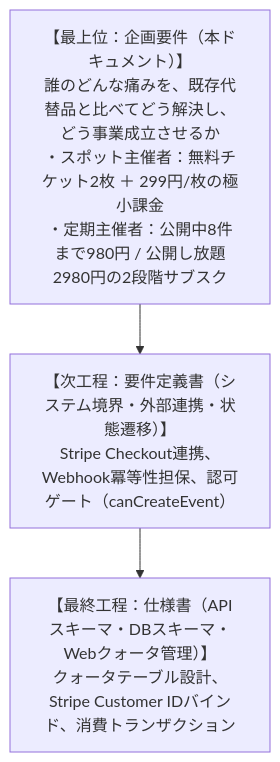
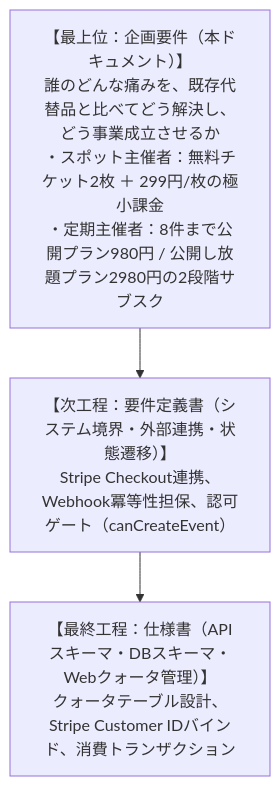
One commit to HirofumiSato/EventKreater changed the first of 2 diagrams in docs/billing_and_quota_planning_requirements.md. Above: the diagram before and after it, drawn with Mermaid. The commit also changed other lines of this file and 59 other files, not shown here.

````diff
--- a/docs/billing_and_quota_planning_requirements.md
+++ b/docs/billing_and_quota_planning_requirements.md
@@ -10,8 +10,8 @@
 ```mermaid
 flowchart TD
-    A["【最上位：企画要件（本ドキュメント）】<br>誰のどんな痛みを、既存代替品と比べてどう解決し、どう事業成立させるか<br>・スポット主催者：無料チケット2枚 ＋ 299円/枚の極小課金<br>・定期主催者：公開中8件まで980円 / 公開し放題2980円の2段階サブスク"]
+    A["【最上位：企画要件（本ドキュメント）】<br>誰のどんな痛みを、既存代替品と比べてどう解決し、どう事業成立させるか<br>・スポット主催者：無料チケット2枚 ＋ 299円/枚の極小課金<br>・定期主催者：8件まで公開プラン980円 / 公開し放題プラン2980円の2段階サブスク"]
     B["【次工程：要件定義書（システム境界・外部連携・状態遷移）】<br>Stripe Checkout連携、Webhook冪等性担保、認可ゲート（canCreateEvent）"]
     C["【最終工程：仕様書（APIスキーマ・DBスキーマ・Webクォータ管理）】<br>クォータテーブル設計、Stripe Customer IDバインド、消費トランザクション"]
     A --> B
     B --> C
 ```
````
